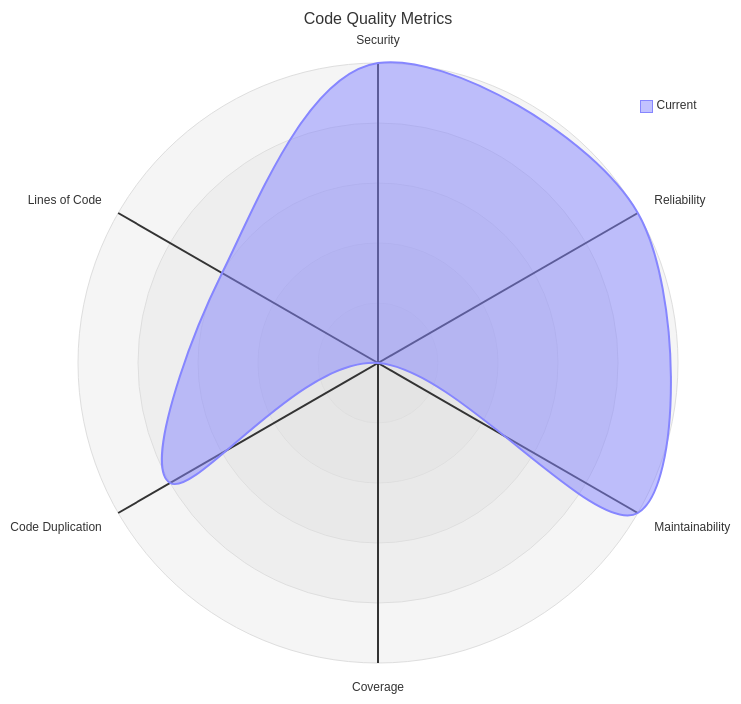
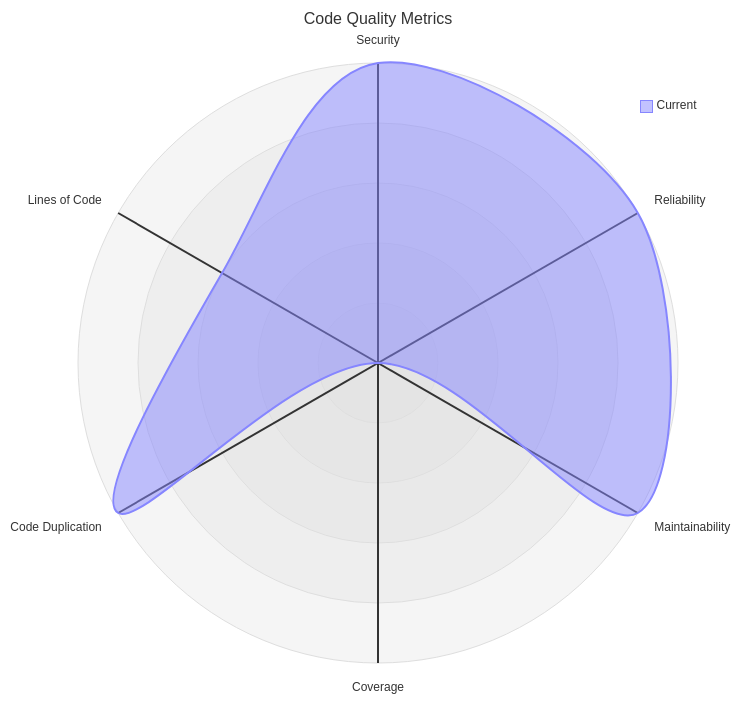
Before and after one commit to merlinbecker/CodexMiroir: the diagram in codequality/report.md, drawn with Mermaid. The commit also changed other lines of this file, not shown here.

````diff
--- a/codequality/report.md
+++ b/codequality/report.md
@@ -3,11 +3,11 @@
 ```mermaid
 ---
 title: "Code Quality Metrics"
 ---
 radar-beta
   axis s["Security"], r["Reliability"], m["Maintainability"]
   axis c["Coverage"], d["Code Duplication"], l["Lines of Code"]
-  curve current["Current"]{5, 5, 5, 0, 4, 3}
+  curve current["Current"]{5, 5, 5, 0, 5, 3}
   max 5
   min 0
 ```
````
